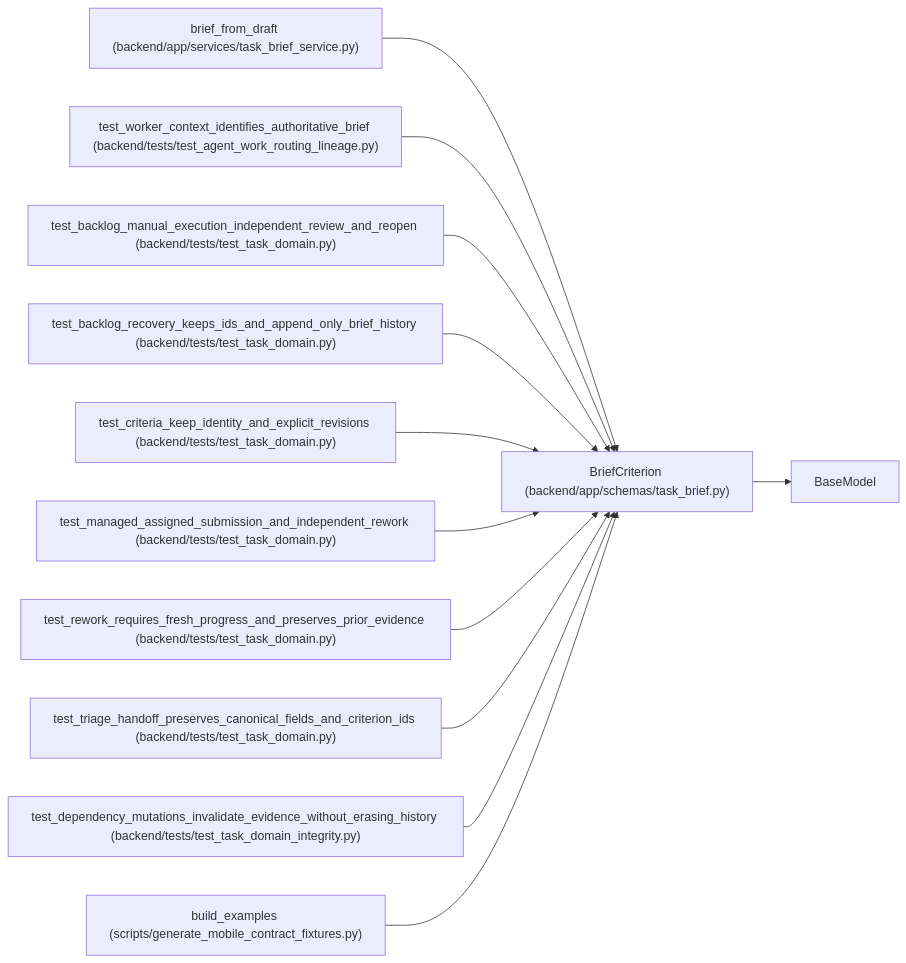
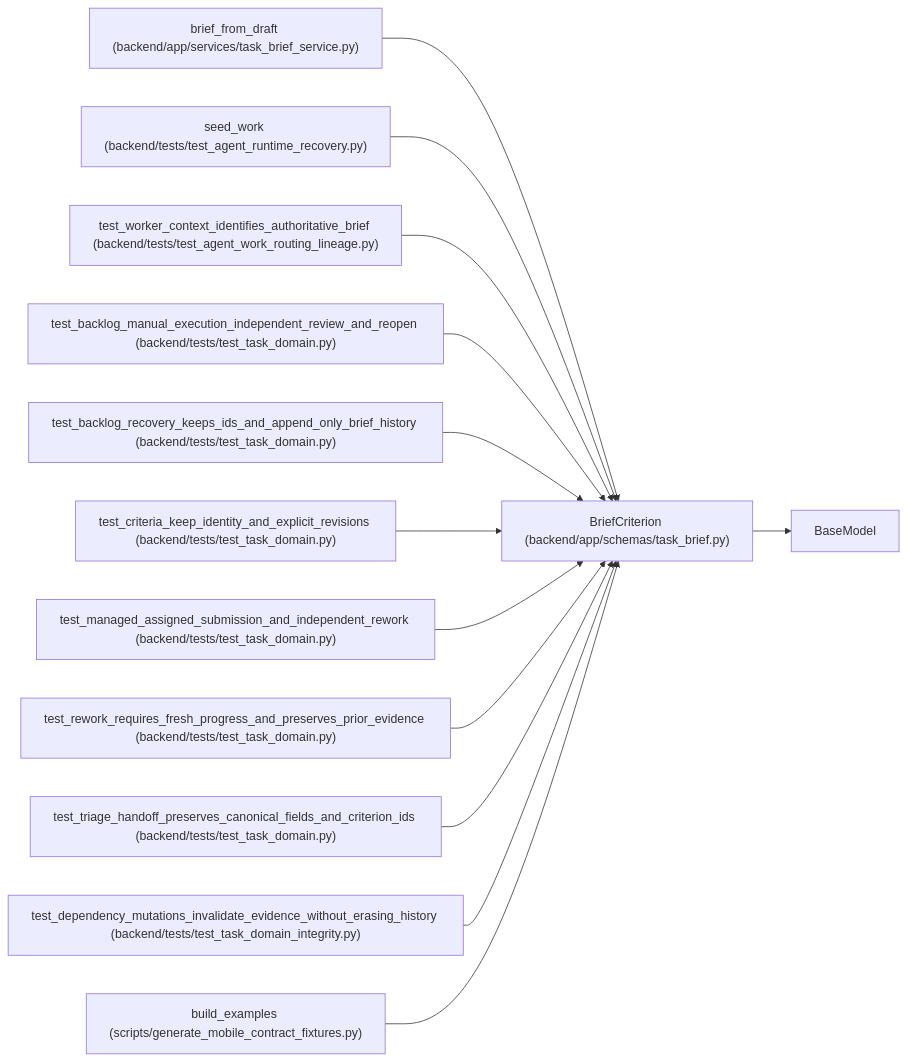
The diagram in docs/llm_wiki/entities/schemas_task_brief_BriefCriterion.md (Denissvgn/WorkChord), drawn with Mermaid before and after one commit. The commit also changed other lines of this file and 399 other files, not shown here.

Commit message:
docs(wiki): synchronize external runtime recovery evidence

````diff
--- a/docs/llm_wiki/entities/schemas_task_brief_BriefCriterion.md
+++ b/docs/llm_wiki/entities/schemas_task_brief_BriefCriterion.md
@@ -42,37 +42,40 @@
 ```mermaid
 flowchart LR
     n0["BriefCriterion (backend/app/schemas/task_brief.py)"]
     n1["BaseModel"]
     n2["brief_from_draft (backend/app/services/task_brief_service.py)"]
-    n3["test_worker_context_identifies_authoritative_brief (backend/tests/test_agent_work_routing_lineage.py)"]
-    n4["test_backlog_manual_execution_independent_review_and_reopen (backend/tests/test_task_domain.py)"]
-    n5["test_backlog_recovery_keeps_ids_and_append_only_brief_history (backend/tests/test_task_domain.py)"]
-    n6["test_criteria_keep_identity_and_explicit_revisions (backend/tests/test_task_domain.py)"]
-    n7["test_managed_assigned_submission_and_independent_rework (backend/tests/test_task_domain.py)"]
-    n8["test_rework_requires_fresh_progress_and_preserves_prior_evidence (backend/tests/test_task_domain.py)"]
-    n9["test_triage_handoff_preserves_canonical_fields_and_criterion_ids (backend/tests/test_task_domain.py)"]
-    n10["test_dependency_mutations_invalidate_evidence_without_erasing_history (backend/tests/test_task_domain_integrity.py)"]
-    n11["build_examples (scripts/generate_mobile_contract_fixtures.py)"]
+    n3["seed_work (backend/tests/test_agent_runtime_recovery.py)"]
+    n4["test_worker_context_identifies_authoritative_brief (backend/tests/test_agent_work_routing_lineage.py)"]
+    n5["test_backlog_manual_execution_independent_review_and_reopen (backend/tests/test_task_domain.py)"]
+    n6["test_backlog_recovery_keeps_ids_and_append_only_brief_history (backend/tests/test_task_domain.py)"]
+    n7["test_criteria_keep_identity_and_explicit_revisions (backend/tests/test_task_domain.py)"]
+    n8["test_managed_assigned_submission_and_independent_rework (backend/tests/test_task_domain.py)"]
+    n9["test_rework_requires_fresh_progress_and_preserves_prior_evidence (backend/tests/test_task_domain.py)"]
+    n10["test_triage_handoff_preserves_canonical_fields_and_criterion_ids (backend/tests/test_task_domain.py)"]
+    n11["test_dependency_mutations_invalidate_evidence_without_erasing_history (backend/tests/test_task_domain_integrity.py)"]
+    n12["build_examples (scripts/generate_mobile_contract_fixtures.py)"]
     n0 --> n1
     n2 --> n0
     n3 --> n0
     n4 --> n0
     n5 --> n0
     n6 --> n0
     n7 --> n0
     n8 --> n0
     n9 --> n0
     n10 --> n0
     n11 --> n0
+    n12 --> n0
     click n0 "../modules/schemas_task_brief.md"
     click n2 "../modules/task_brief_service.md"
-    click n3 "../modules/test_agent_work_routing_lineage.md"
-    click n4 "../modules/test_task_domain.md"
+    click n3 "../modules/test_agent_runtime_recovery.md"
+    click n4 "../modules/test_agent_work_routing_lineage.md"
     click n5 "../modules/test_task_domain.md"
     click n6 "../modules/test_task_domain.md"
     click n7 "../modules/test_task_domain.md"
     click n8 "../modules/test_task_domain.md"
     click n9 "../modules/test_task_domain.md"
-    click n10 "../modules/test_task_domain_integrity.md"
-    click n11 "../modules/generate_mobile_contract_fixtures.md"
+    click n10 "../modules/test_task_domain.md"
+    click n11 "../modules/test_task_domain_integrity.md"
+    click n12 "../modules/generate_mobile_contract_fixtures.md"
 ```
````
